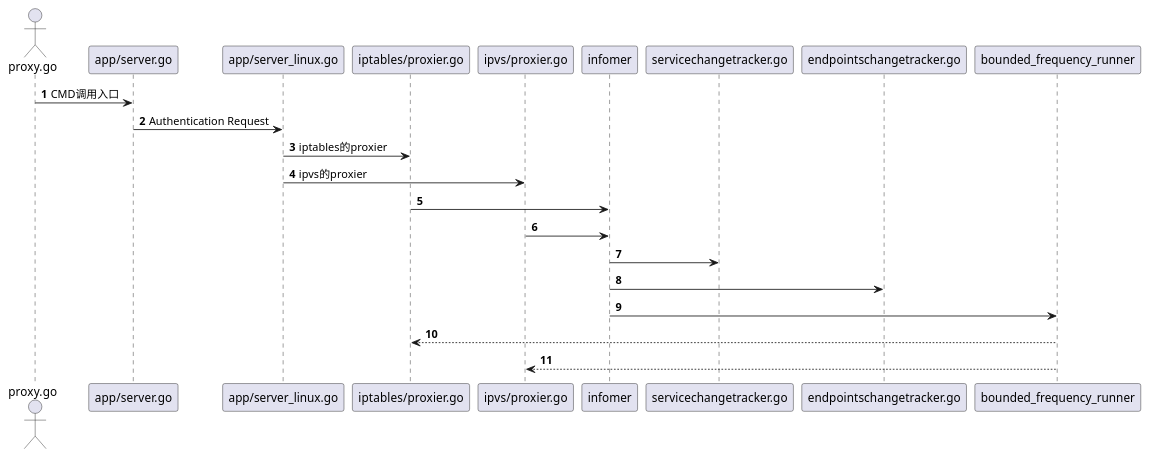
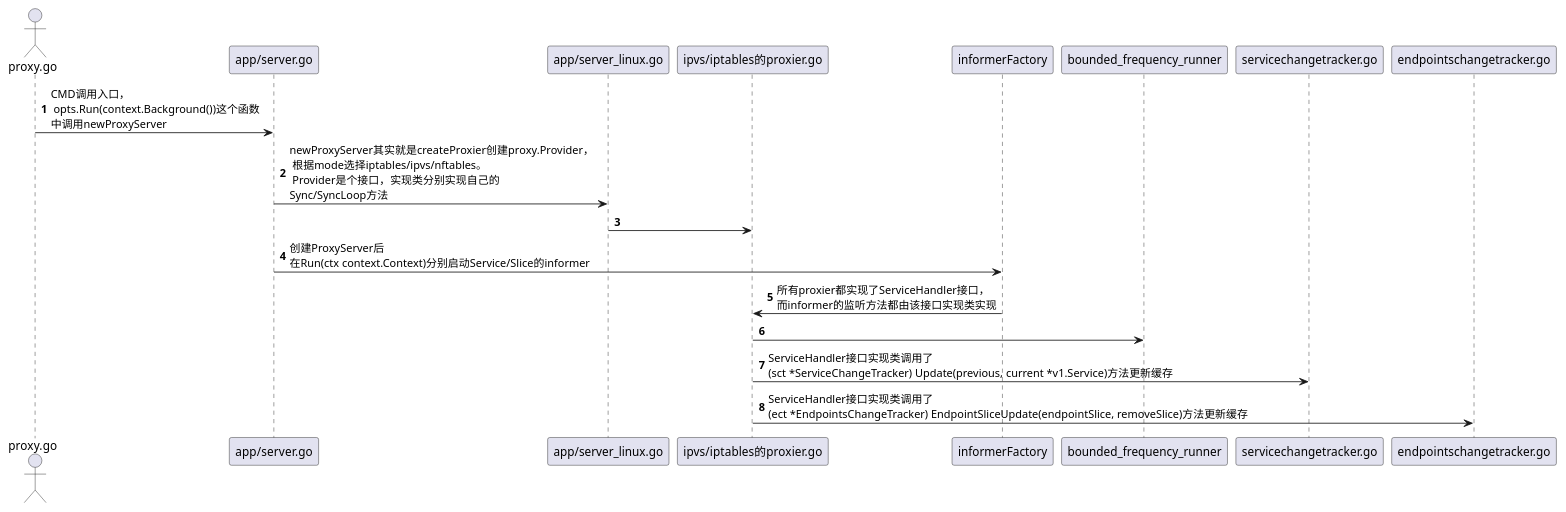
The diagram in static/kube-proxy.puml (zehonghuang/zehonghuang.github.io), drawn with PlantUML before and after one commit.

Commit message:
2024-08-06 06:52:592

```diff
--- a/static/kube-proxy.puml
+++ b/static/kube-proxy.puml
@@ -1,25 +1,22 @@
 @startuml
 'https://plantuml.com/sequence-diagram
 
 autonumber
 
 actor "proxy.go" as main
 
-main -> "app/server.go": CMD调用入口
+main -> "app/server.go": CMD调用入口，\n opts.Run(context.Background())这个函数\n中调用newProxyServer
 
-"app/server.go" -> "app/server_linux.go": Authentication Request
-"app/server_linux.go" -> "iptables/proxier.go" : iptables的proxier
-"app/server_linux.go" -> "ipvs/proxier.go" : ipvs的proxier
+"app/server.go" -> "app/server_linux.go": newProxyServer其实就是createProxier创建proxy.Provider，\n 根据mode选择iptables/ipvs/nftables。\n Provider是个接口，实现类分别实现自己的 \nSync/SyncLoop方法
+"app/server_linux.go" -> "ipvs/iptables的proxier.go"
+'
+"app/server.go" -> "informerFactory": 创建ProxyServer后\n在Run(ctx context.Context)分别启动Service/Slice的informer
+"informerFactory" -> "ipvs/iptables的proxier.go": 所有proxier都实现了ServiceHandler接口，\n而informer的监听方法都由该接口实现类实现
+"ipvs/iptables的proxier.go" -> "bounded_frequency_runner"
 
-"iptables/proxier.go" -> "infomer"
-"ipvs/proxier.go" -> "infomer"
+"ipvs/iptables的proxier.go" -> "servicechangetracker.go": ServiceHandler接口实现类调用了\n(sct *ServiceChangeTracker) Update(previous, current *v1.Service)方法更新缓存
 
-"infomer" -> "servicechangetracker.go"
-"infomer" -> "endpointschangetracker.go"
+"ipvs/iptables的proxier.go" -> "endpointschangetracker.go": ServiceHandler接口实现类调用了\n(ect *EndpointsChangeTracker) EndpointSliceUpdate(endpointSlice, removeSlice)方法更新缓存
 
-"infomer" -> "bounded_frequency_runner"
-
-"bounded_frequency_runner" --> "iptables/proxier.go"
-"bounded_frequency_runner" --> "ipvs/proxier.go"
 
 @enduml
```
